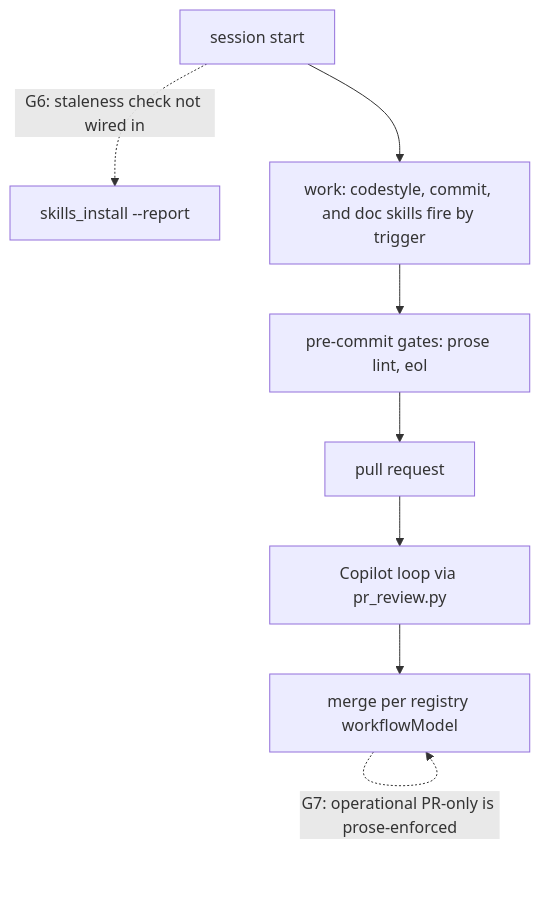
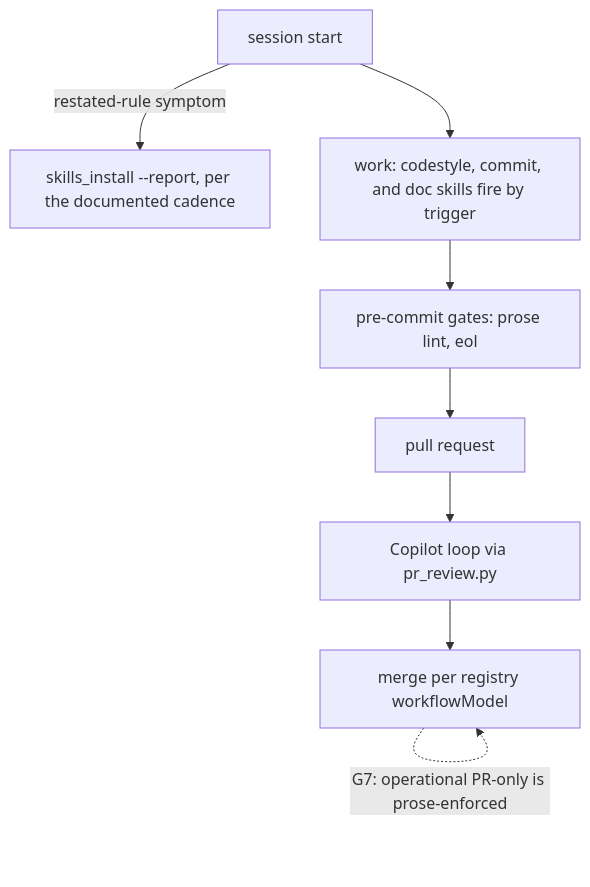
The fifth of 7 diagrams in docs/fleet-map.md (ptr727/ProjectTemplate), drawn with Mermaid before and after one commit. The commit also changed other lines of this file and 4 other files, not shown here.

First line of the commit message:
State the Skills Staleness Cadence at Its Two Trigger Surfaces

````diff
--- a/docs/fleet-map.md
+++ b/docs/fleet-map.md
@@ -124,10 +124,10 @@
 ```mermaid
 flowchart TD
-  start["session start"] -.->|"G6: staleness check not wired in"| stale["skills_install --report"]
+  start["session start"] -->|"restated-rule symptom"| stale["skills_install --report, per the documented cadence"]
   start --> work["work: codestyle, commit, and doc skills fire by trigger"]
   work --> gates["pre-commit gates: prose lint, eol"]
   gates --> pr["pull request"]
   pr --> review["Copilot loop via pr_review.py"]
   review --> merge["merge per registry workflowModel"]
   merge -.->|"G7: operational PR-only is prose-enforced"| merge
 ```
````
